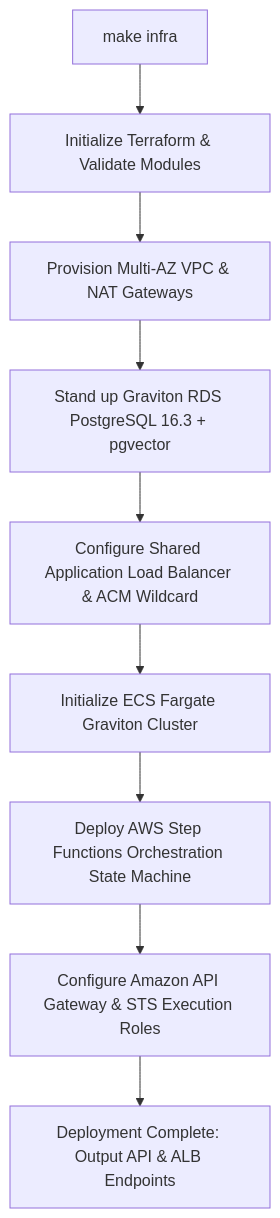
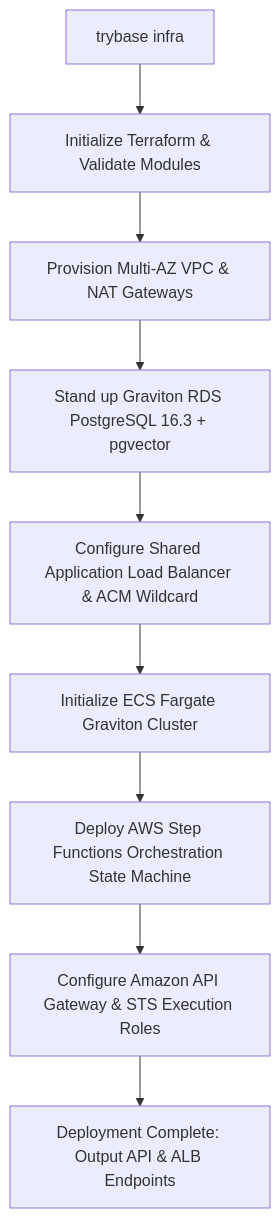
One commit to rgayan12/trybase changed the diagram in docs/getting-started/deployment.md. Above: the diagram before and after it, drawn with Mermaid. The commit also changed other lines of this file and 12 other files, not shown here.

````diff
--- a/docs/getting-started/deployment.md
+++ b/docs/getting-started/deployment.md
@@ -33,11 +35,11 @@
 ```mermaid
 graph TD
-    A[make infra] --> B[Initialize Terraform & Validate Modules]
+    A[trybase infra] --> B[Initialize Terraform & Validate Modules]
     B --> C[Provision Multi-AZ VPC & NAT Gateways]
     C --> D[Stand up Graviton RDS PostgreSQL 16.3 + pgvector]
     D --> E[Configure Shared Application Load Balancer & ACM Wildcard]
     E --> F[Initialize ECS Fargate Graviton Cluster]
     F --> G[Deploy AWS Step Functions Orchestration State Machine]
     G --> H[Configure Amazon API Gateway & STS Execution Roles]
     H --> I[Deployment Complete: Output API & ALB Endpoints]
 ```
````
